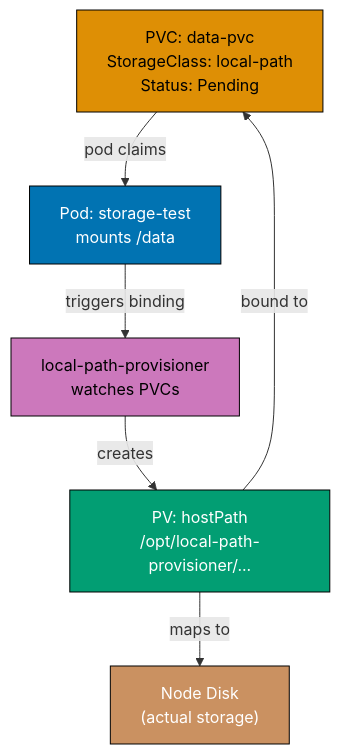
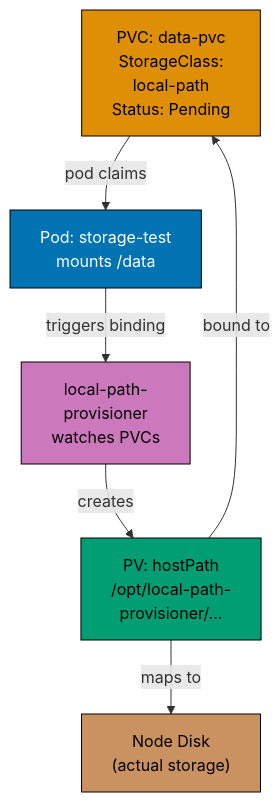
Before and after one commit to wahidyankf/ose-public: the seventh of 9 diagrams in apps/ayokoding-www/content/en/learn/legacy/software-engineering/infrastructure/tools/k3s/by-example/beginner.md, drawn with Mermaid. The commit also changed other lines of this file and 131 other files, not shown here.

First line of the commit message:
fix(mermaid): bring the legacy data, infrastructure, and testing diagrams onto the accessible palette

````diff
--- a/apps/ayokoding-www/content/en/learn/legacy/software-engineering/infrastructure/tools/k3s/by-example/beginner.md
+++ b/apps/ayokoding-www/content/en/learn/legacy/software-engineering/infrastructure/tools/k3s/by-example/beginner.md
@@ -1144,21 +1185,29 @@
 ```mermaid
 %% Color Palette: Blue #0173B2, Orange #DE8F05, Teal #029E73, Purple #CC78BC, Brown #CA9161
 graph TD
-    PVC["PVC: data-pvc<br/>StorageClass: local-path<br/>Status: Pending"]
+    accTitle: Example 20: local-path-provisioner — PVC and Pod Volume
+    accDescr: Graph with 5 nodes and 5 connections. Nodes: PVC: data-pvc StorageClass: local-path Status: Pending, Pod: storage-test mounts /data, local-path- provisioner watches PVCs, PV: hostPath /opt/local-path- provisioner/..., Node Disk (actual storage). Connections: PVC: data-pvc StorageClass: local-path Status: Pending to Pod: storage-test mounts /data (pod claims), Pod: storage-test mounts /data to local-path- provisioner watches PVCs (triggers binding), local-path- provisioner watches PVCs to PV: hostPath /opt/local-path- provisioner/... (creates), PV: hostPath /opt/local-path- provisioner/... to Node Disk (actual storage) (maps to), PV: hostPath /opt/local-path- provisioner/... to PVC: data-pvc StorageClass: local-path Status: Pending (bound to).
+    PVC["PVC: data-pvc<br/>StorageClass:<br/>local-path<br/>Status: Pending"]
     POD["Pod: storage-test<br/>mounts /data"]
-    PROV["local-path-provisioner<br/>watches PVCs"]
-    PV["PV: hostPath<br/>/opt/local-path-provisioner/..."]
+    PROV["local-path-<br/>provisioner<br/>watches PVCs"]
+    PV["PV: hostPath<br/>/opt/local-path-<br/>provisioner/..."]
     HOST["Node Disk<br/>(actual storage)"]
 
     PVC -->|pod claims| POD
     POD -->|triggers binding| PROV
     PROV -->|creates| PV
     PV -->|maps to| HOST
     PV -->|bound to| PVC
 
-    style PVC fill:#DE8F05,stroke:#000,color:#000
-    style POD fill:#0173B2,stroke:#000,color:#fff
-    style PROV fill:#CC78BC,stroke:#000,color:#000
-    style PV fill:#029E73,stroke:#000,color:#fff
-    style HOST fill:#CA9161,stroke:#000,color:#fff
+    classDef pal-DE8F05 fill:#DE8F05,stroke:#000000,color:#000000
+    class PVC pal-DE8F05
+    classDef pal-0173B2 fill:#0173B2,stroke:#000000,color:#FFFFFF
+    class POD pal-0173B2
+    classDef pal-CC78BC fill:#CC78BC,stroke:#000000,color:#000000
+    class PROV pal-CC78BC
+    classDef pal-029E73 fill:#029E73,stroke:#000000,color:#000000
+    class PV pal-029E73
+    classDef pal-CA9161 fill:#CA9161,stroke:#000000,color:#000000
+    class HOST pal-CA9161
+    classDef default fill:#FFFFFF,stroke:#000000,color:#000000
 ```
````
